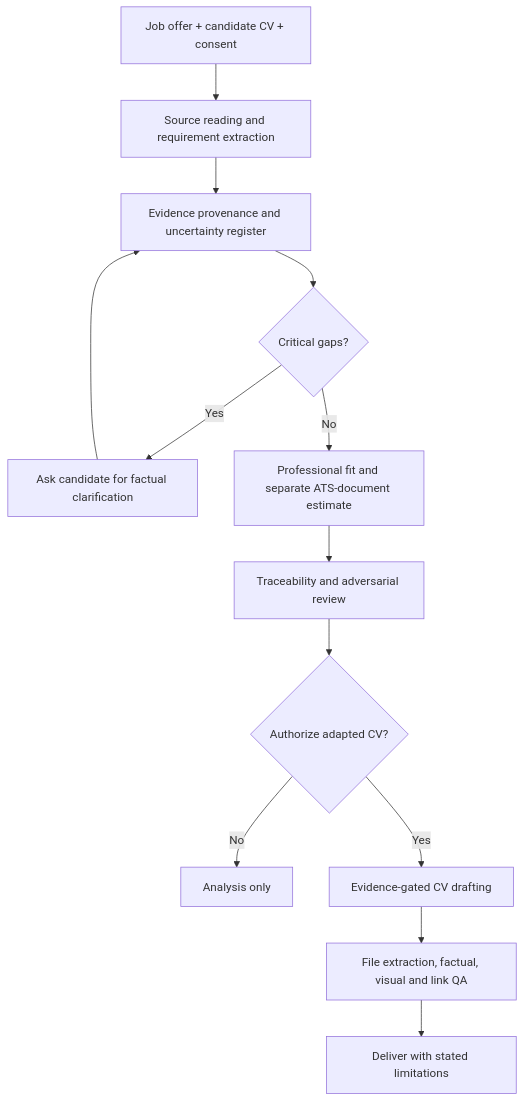
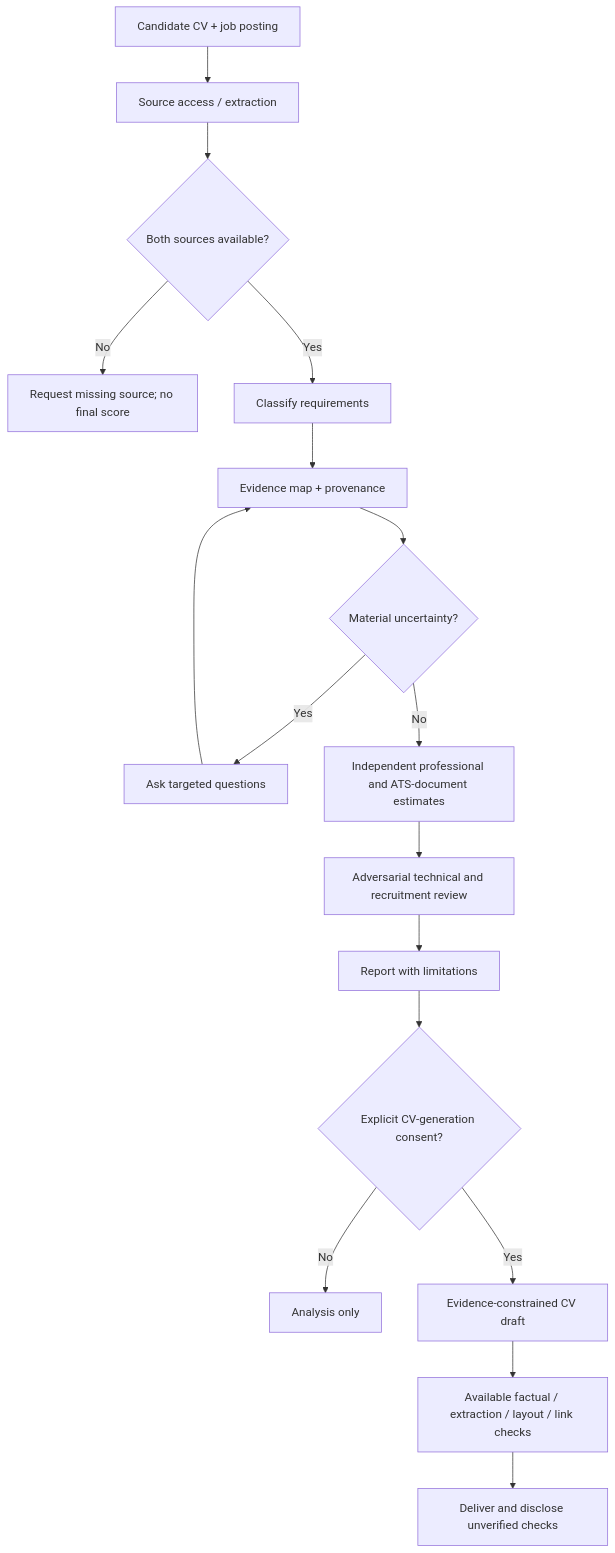
One commit to ajmelian/jobmatch-ai changed the diagram in docs/ARCHITECTURE.md. Above: the diagram before and after it, drawn with Mermaid. The commit also changed other lines of this file, not shown here.

Commit message:
docs: align docs/ARCHITECTURE.md with v1.3.0 review

````diff
--- a/docs/ARCHITECTURE.md
+++ b/docs/ARCHITECTURE.md
@@ -9,15 +13,19 @@
 ```mermaid
 flowchart TD
- A[Job offer + candidate CV + consent] --> B[Source reading and requirement extraction]
- B --> C[Evidence provenance and uncertainty register]
- C --> D{Critical gaps?}
- D -->|Yes| E[Ask candidate for factual clarification]
- E --> C
- D -->|No| F[Professional fit and separate ATS-document estimate]
- F --> G[Traceability and adversarial review]
- G --> H{Authorize adapted CV?}
- H -->|No| I[Analysis only]
- H -->|Yes| J[Evidence-gated CV drafting]
- J --> K[File extraction, factual, visual and link QA]
- K --> L[Deliver with stated limitations]
+ A[Candidate CV + job posting] --> B[Source access / extraction]
+ B --> C{Both sources available?}
+ C -->|No| D[Request missing source; no final score]
+ C -->|Yes| E[Classify requirements]
+ E --> F[Evidence map + provenance]
+ F --> G{Material uncertainty?}
+ G -->|Yes| H[Ask targeted questions]
+ H --> F
+ G -->|No| I[Independent professional and ATS-document estimates]
+ I --> J[Adversarial technical and recruitment review]
+ J --> K[Report with limitations]
+ K --> L{Explicit CV-generation consent?}
+ L -->|No| M[Analysis only]
+ L -->|Yes| N[Evidence-constrained CV draft]
+ N --> O[Available factual / extraction / layout / link checks]
+ O --> P[Deliver and disclose unverified checks]
 ```
````
